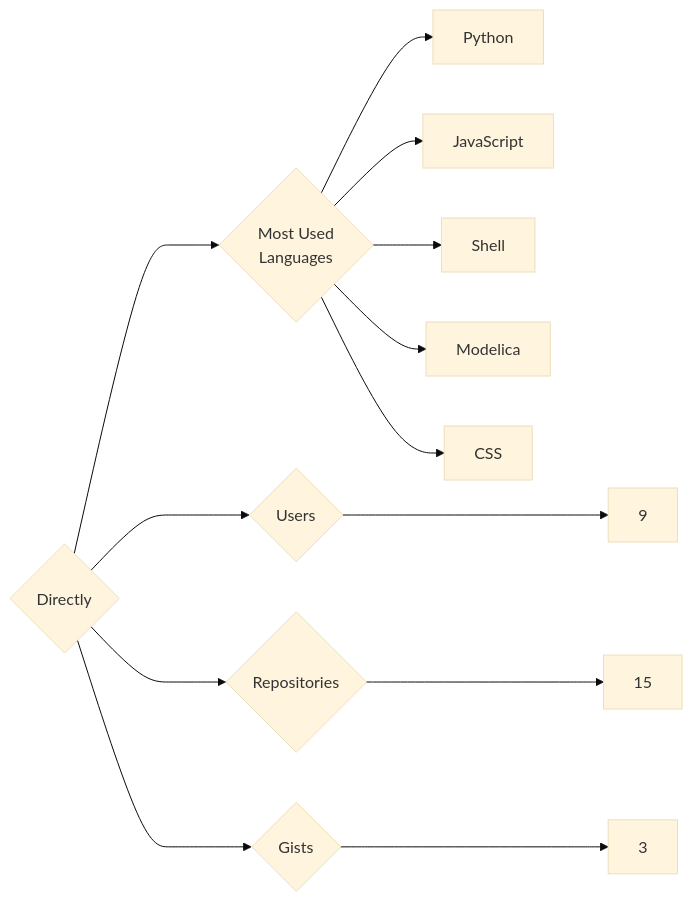
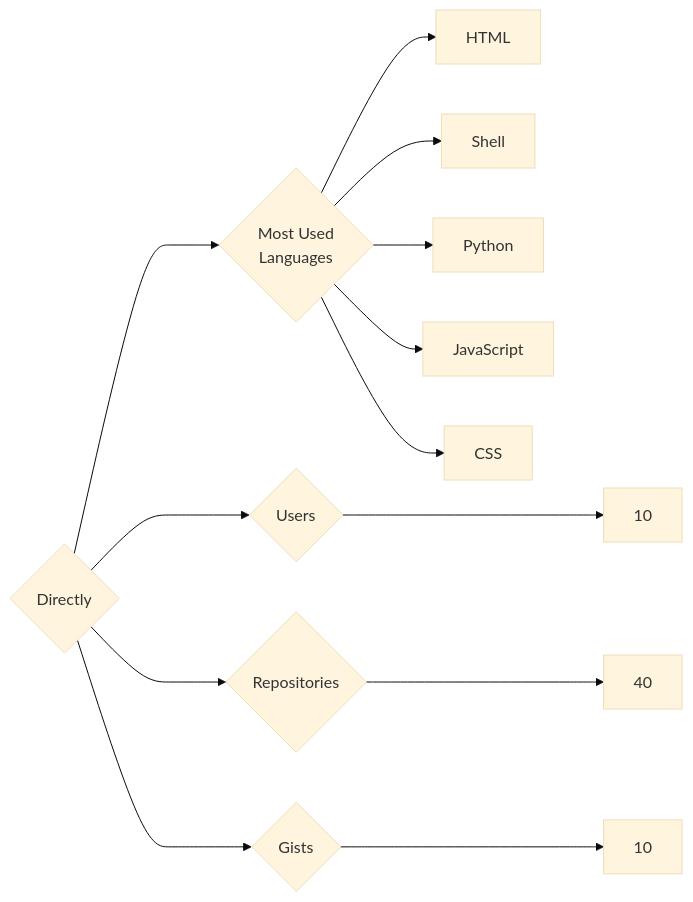
One commit to trickest/insiders changed the diagram in targets/Directly/README.md. Above: the diagram before and after it, drawn with Mermaid (base theme). The commit also changed 1238 other files, not shown here.

````diff
--- a/targets/Directly/README.md
+++ b/targets/Directly/README.md
@@ -3,13 +3,13 @@
 ```mermaid
 graph LR
 COMPANY_NAME{Directly}
-COMPANY_NAME ---> U{Users} ---> UN[9]
-COMPANY_NAME ---> R{Repositories} ---> RN[15]
-COMPANY_NAME ---> G{Gists} ---> GN[3]
+COMPANY_NAME ---> U{Users} ---> UN[10]
+COMPANY_NAME ---> R{Repositories} ---> RN[40]
+COMPANY_NAME ---> G{Gists} ---> GN[10]
 COMPANY_NAME ---> ML{Most Used<br>Languages}
+ML --> HTML[HTML]
+ML --> Shell[Shell]
 ML --> Python[Python]
 ML --> JavaScript[JavaScript]
-ML --> Shell[Shell]
-ML --> Modelica[Modelica]
 ML --> CSS[CSS]
 ```
````
